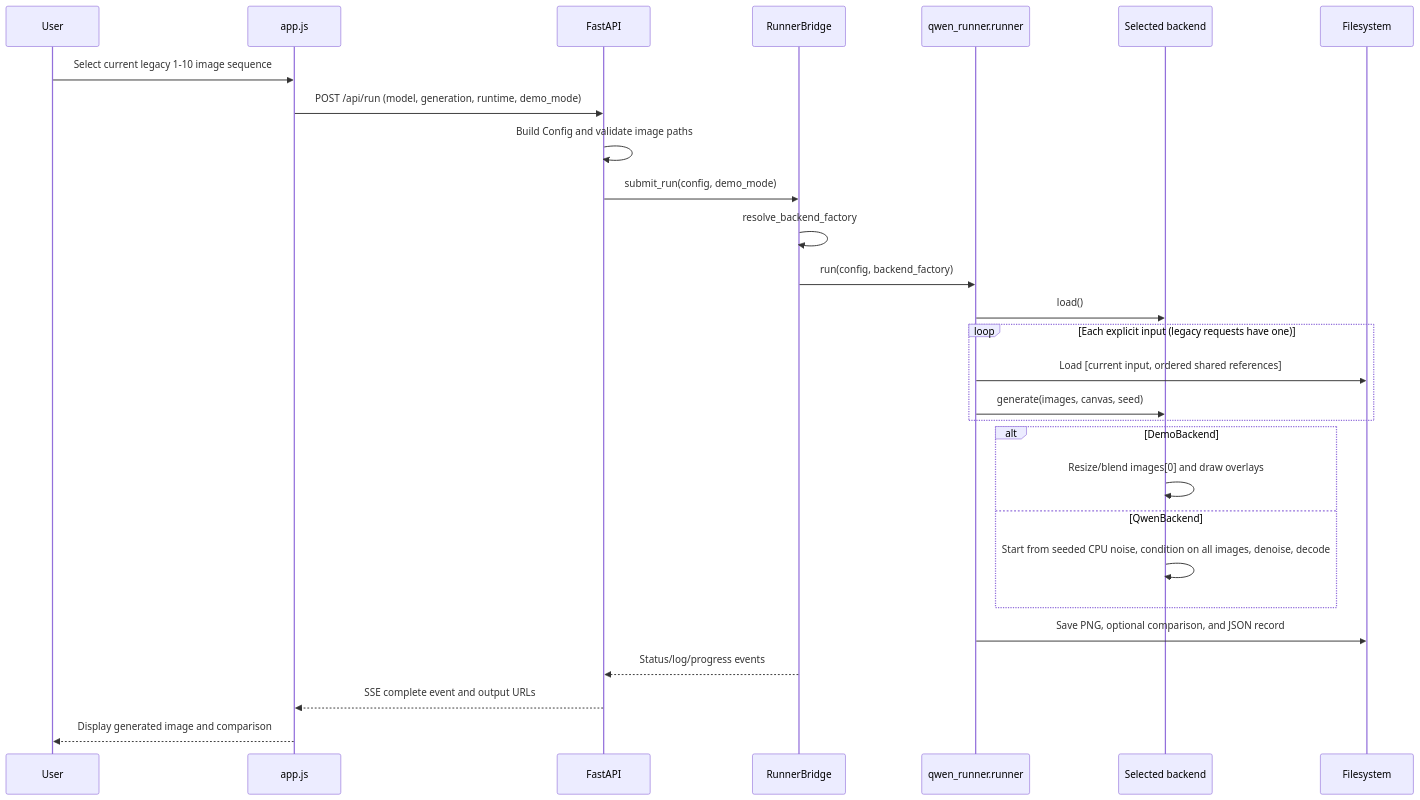
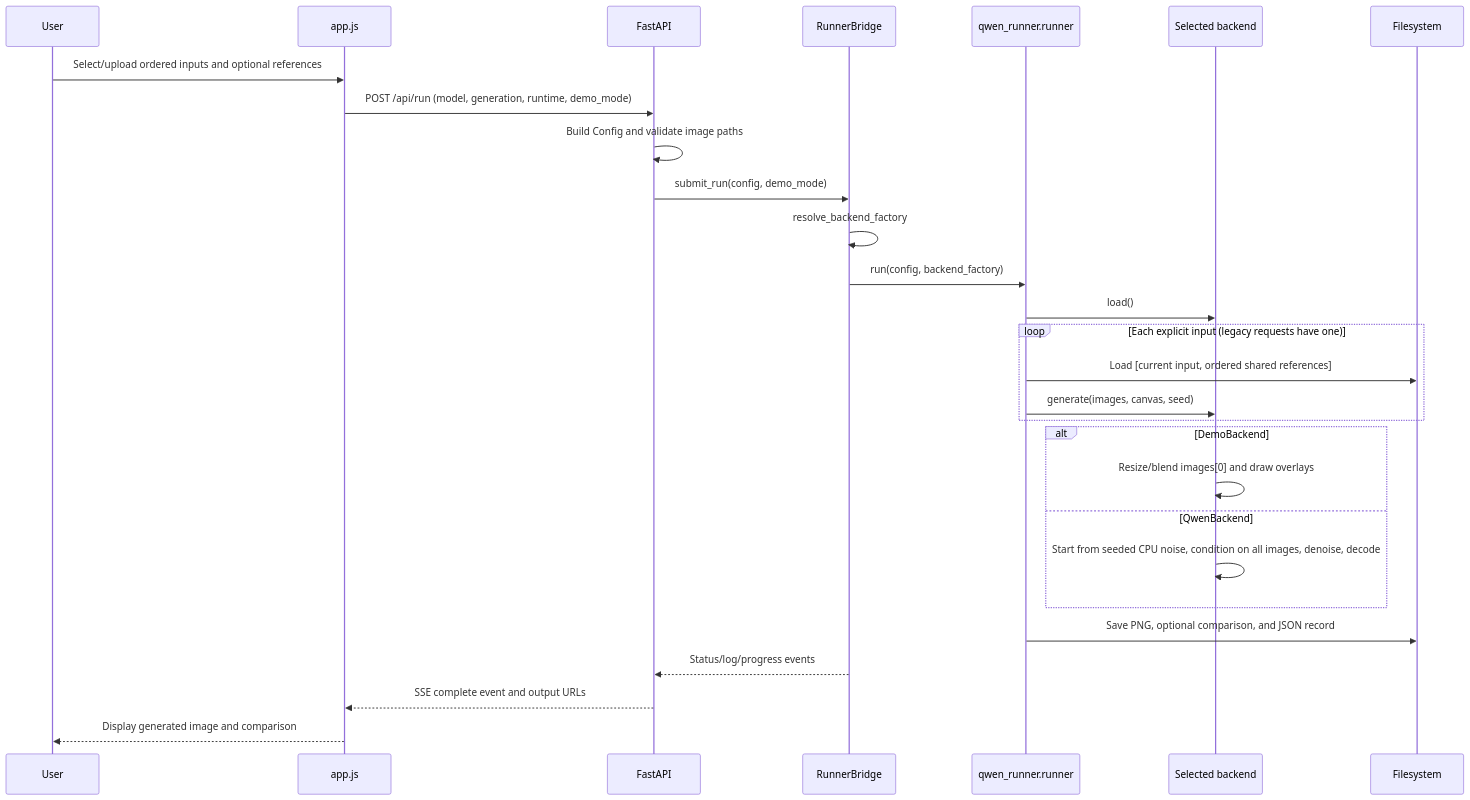
The second of 2 diagrams in CONTEXT.md (Farzine/qwen_workflow_runner), drawn with Mermaid before and after one commit. The commit also changed other lines of this file and 10 other files, not shown here.

First line of the commit message:
feat: Enhance image upload and processing workflow

````diff
--- a/CONTEXT.md
+++ b/CONTEXT.md
@@ -87,31 +87,31 @@
 ```mermaid
 sequenceDiagram
     participant U as User
     participant JS as app.js
     participant API as FastAPI
     participant B as RunnerBridge
     participant R as qwen_runner.runner
     participant E as Selected backend
     participant F as Filesystem
 
-    U->>JS: Select current legacy 1-10 image sequence
+    U->>JS: Select/upload ordered inputs and optional references
     JS->>API: POST /api/run (model, generation, runtime, demo_mode)
     API->>API: Build Config and validate image paths
     API->>B: submit_run(config, demo_mode)
     B->>B: resolve_backend_factory
     B->>R: run(config, backend_factory)
     R->>E: load()
     loop Each explicit input (legacy requests have one)
         R->>F: Load [current input, ordered shared references]
         R->>E: generate(images, canvas, seed)
     end
     alt DemoBackend
         E->>E: Resize/blend images[0] and draw overlays
     else QwenBackend
         E->>E: Start from seeded CPU noise, condition on all images, denoise, decode
     end
     R->>F: Save PNG, optional comparison, and JSON record
     B-->>API: Status/log/progress events
     API-->>JS: SSE complete event and output URLs
     JS-->>U: Display generated image and comparison
 ```
````
